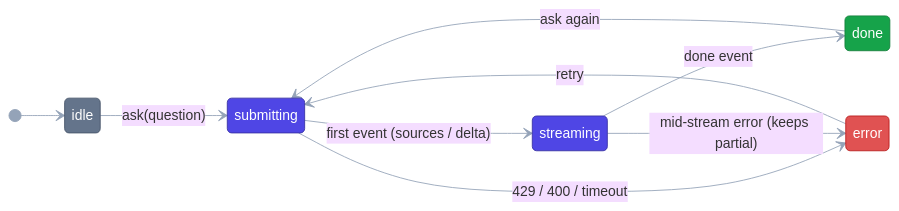
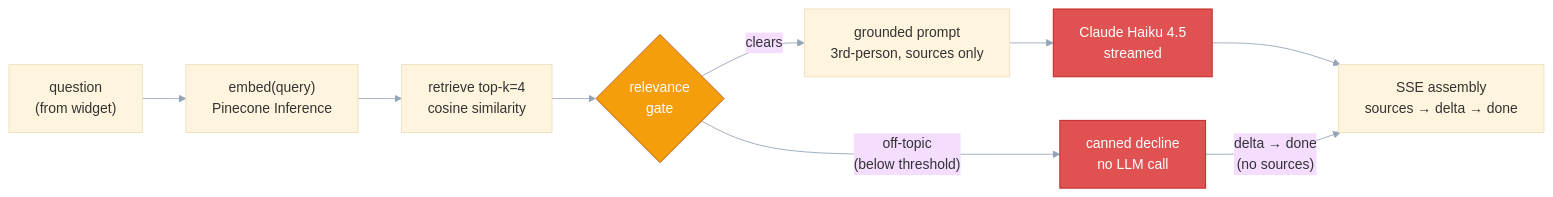
The second of 2 diagrams in README.md (njranum/ama-rag), drawn with Mermaid before and after one commit. The commit also changed other lines of this file and 1 other file, not shown here.

Commit message:
Add license, replace diagrams with new

````diff
--- a/README.md
+++ b/README.md
@@ -169,22 +138,17 @@
 ```mermaid
 %%{init: {'theme':'base','themeVariables':{'fontFamily':'ui-sans-serif, system-ui, -apple-system, Segoe UI, Roboto, sans-serif','lineColor':'#94a3b8'}}}%%
-stateDiagram-v2
-    direction LR
-    [*] --> idle
-    idle --> submitting : ask(question)
-    submitting --> streaming : first event (sources / delta)
-    submitting --> error : 429 / 400 / timeout
-    streaming --> done : done event
-    streaming --> error : mid-stream error (keeps partial)
-    done --> submitting : ask again
-    error --> submitting : retry
+flowchart LR
+    Q["question<br/>(from widget)"] --> EMBEDQ["embed(query)<br/>Pinecone Inference"]
+    EMBEDQ --> RETR["retrieve top-k=4<br/>cosine similarity"]
+    RETR --> GATE{"relevance<br/>gate"}
+    GATE -->|"off-topic<br/>(below threshold)"| DECLINE["canned decline<br/>no LLM call"]
+    GATE -->|clears| PROMPT["grounded prompt<br/>3rd-person, sources only"]
+    PROMPT --> GEN["Claude Haiku 4.5<br/>streamed"]
+    GEN --> SSE["SSE assembly<br/>sources → delta → done"]
+    DECLINE -->|"delta → done<br/>(no sources)"| SSE
 
-    classDef idle fill:#64748b,stroke:#475569,color:#fff
-    classDef active fill:#4f46e5,stroke:#3730a3,color:#fff
-    classDef ok fill:#16a34a,stroke:#15803d,color:#fff
-    classDef bad fill:#e05252,stroke:#b91c1c,color:#fff
-    class idle idle
-    class submitting,streaming active
-    class done ok
-    class error bad
+    classDef gate fill:#f59e0b,stroke:#b45309,color:#fff
+    classDef gen fill:#e05252,stroke:#b91c1c,color:#fff
+    class GATE gate
+    class GEN,DECLINE gen
 ```
````
